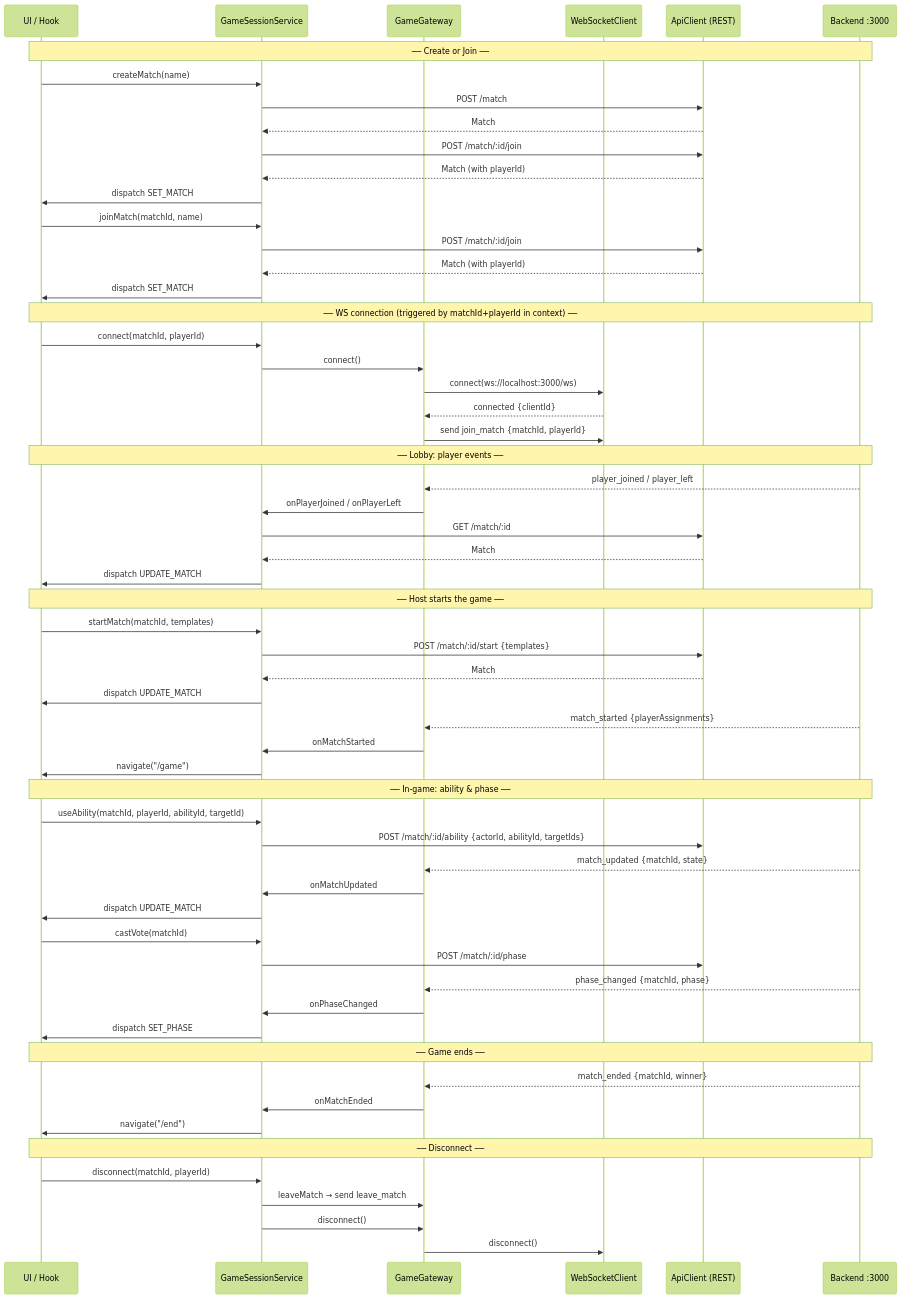
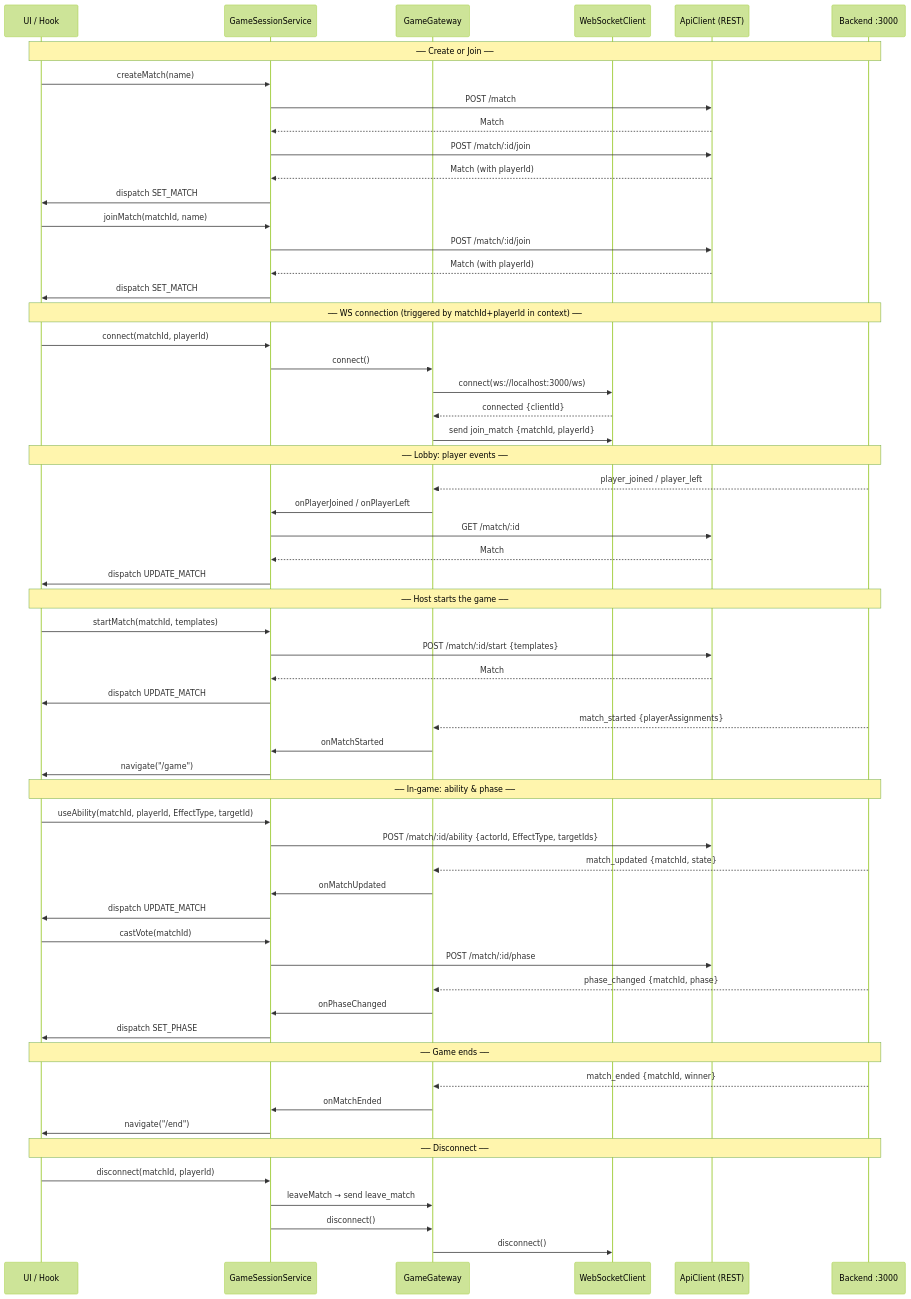
The diagram in client/README.md (MohamedAljoke/social-deduction-game), drawn with Mermaid (forest theme) before and after one commit. The commit also changed 39 other files, not shown here.

````diff
--- a/client/README.md
+++ b/client/README.md
@@ -50,69 +50,69 @@
 ```mermaid
 sequenceDiagram
     participant UI as UI / Hook
     participant Svc as GameSessionService
     participant GW as GameGateway
     participant WS as WebSocketClient
     participant API as ApiClient (REST)
     participant BE as Backend :3000
 
     Note over UI,BE: ── Create or Join ──
     UI->>Svc: createMatch(name)
     Svc->>API: POST /match
     API-->>Svc: Match
     Svc->>API: POST /match/:id/join
     API-->>Svc: Match (with playerId)
     Svc->>UI: dispatch SET_MATCH
 
     UI->>Svc: joinMatch(matchId, name)
     Svc->>API: POST /match/:id/join
     API-->>Svc: Match (with playerId)
     Svc->>UI: dispatch SET_MATCH
 
     Note over UI,BE: ── WS connection (triggered by matchId+playerId in context) ──
     UI->>Svc: connect(matchId, playerId)
     Svc->>GW: connect()
     GW->>WS: connect(ws://localhost:3000/ws)
     WS-->>GW: connected {clientId}
     GW->>WS: send join_match {matchId, playerId}
 
     Note over UI,BE: ── Lobby: player events ──
     BE-->>GW: player_joined / player_left
     GW->>Svc: onPlayerJoined / onPlayerLeft
     Svc->>API: GET /match/:id
     API-->>Svc: Match
     Svc->>UI: dispatch UPDATE_MATCH
 
     Note over UI,BE: ── Host starts the game ──
     UI->>Svc: startMatch(matchId, templates)
     Svc->>API: POST /match/:id/start {templates}
     API-->>Svc: Match
     Svc->>UI: dispatch UPDATE_MATCH
     BE-->>GW: match_started {playerAssignments}
     GW->>Svc: onMatchStarted
     Svc->>UI: navigate("/game")
 
     Note over UI,BE: ── In-game: ability & phase ──
-    UI->>Svc: useAbility(matchId, playerId, abilityId, targetId)
-    Svc->>API: POST /match/:id/ability {actorId, abilityId, targetIds}
+    UI->>Svc: useAbility(matchId, playerId, EffectType, targetId)
+    Svc->>API: POST /match/:id/ability {actorId, EffectType, targetIds}
     BE-->>GW: match_updated {matchId, state}
     GW->>Svc: onMatchUpdated
     Svc->>UI: dispatch UPDATE_MATCH
 
     UI->>Svc: castVote(matchId)
     Svc->>API: POST /match/:id/phase
     BE-->>GW: phase_changed {matchId, phase}
     GW->>Svc: onPhaseChanged
     Svc->>UI: dispatch SET_PHASE
 
     Note over UI,BE: ── Game ends ──
     BE-->>GW: match_ended {matchId, winner}
     GW->>Svc: onMatchEnded
     Svc->>UI: navigate("/end")
 
     Note over UI,BE: ── Disconnect ──
     UI->>Svc: disconnect(matchId, playerId)
     Svc->>GW: leaveMatch → send leave_match
     Svc->>GW: disconnect()
     GW->>WS: disconnect()
 ```
````
